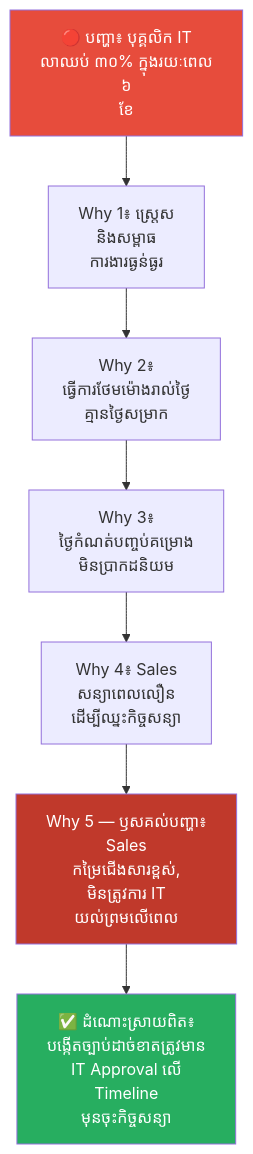
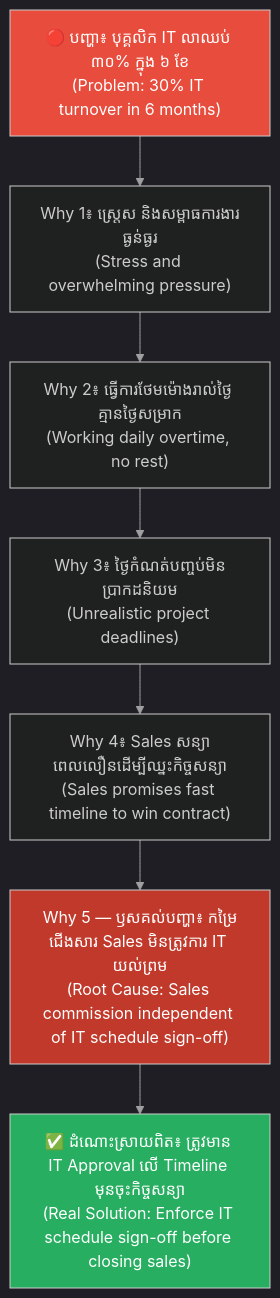
Before and after one commit to GuideStack/iblogger-feeds: the sixth of 8 diagrams in feeds/concepts/articles/02-five-whys-technique.md, drawn with Mermaid. The commit also changed other lines of this file, not shown here.

````diff
--- a/feeds/concepts/articles/02-five-whys-technique.md
+++ b/feeds/concepts/articles/02-five-whys-technique.md
@@ -258,13 +364,22 @@
 ```mermaid
+%%{init: {
+  'theme': 'dark',
+  'themeVariables': {
+    'background': '#1e1e1e',
+    'primaryTextColor': '#ffffff',
+    'lineColor': '#a0a0a0'
+  },
+  'themeCSS': 'svg { background-color: #1e1e1e !important; padding: 1rem !important; border-radius: 8px !important; } .edgeLabel rect { fill: #1e1e1e !important; } text, tspan { fill: #ffffff !important; }'
+}}%%
 graph TD
-    A["🔴 បញ្ហា៖ បុគ្គលិក IT<br/>លាឈប់ ៣០% ក្នុងរយៈពេល<br/>៦<br/>ខែ"] --> B["Why 1៖ ស្ត្រេស<br/>និងសម្ពាធ<br/>ការងារធ្ងន់ធ្ងរ"]
-    B --> C["Why 2៖<br/>ធ្វើការថែមម៉ោងរាល់ថ្ងៃ<br/>គ្មានថ្ងៃសម្រាក"]
-    C --> D["Why 3៖<br/>ថ្ងៃកំណត់បញ្ចប់គម្រោង<br/>មិនប្រាកដនិយម"]
-    D --> E["Why 4៖ Sales<br/>សន្យាពេលលឿន<br/>ដើម្បីឈ្នះកិច្ចសន្យា"]
-    E --> F["Why 5 — ឫសគល់បញ្ហា៖<br/>Sales<br/>កម្រៃជើងសារខ្ពស់,<br/>មិនត្រូវការ IT<br/>យល់ព្រមលើពេល"]
-    F --> G["✅ ដំណោះស្រាយពិត៖<br/>បង្កើតច្បាប់ដាច់ខាតត្រូវមាន<br/>IT Approval លើ<br/>Timeline<br/>មុនចុះកិច្ចសន្យា"]
+    A["🔴 បញ្ហា៖ បុគ្គលិក IT លាឈប់ ៣០% ក្នុង ៦ ខែ<br/>(Problem: 30% IT turnover in 6 months)"] --> B["Why 1៖ ស្ត្រេស និងសម្ពាធការងារធ្ងន់ធ្ងរ<br/>(Stress and overwhelming pressure)"]
+    B --> C["Why 2៖ ធ្វើការថែមម៉ោងរាល់ថ្ងៃ គ្មានថ្ងៃសម្រាក<br/>(Working daily overtime, no rest)"]
+    C --> D["Why 3៖ ថ្ងៃកំណត់បញ្ចប់មិនប្រាកដនិយម<br/>(Unrealistic project deadlines)"]
+    D --> E["Why 4៖ Sales សន្យាពេលលឿនដើម្បីឈ្នះកិច្ចសន្យា<br/>(Sales promises fast timeline to win contract)"]
+    E --> F["Why 5 — ឫសគល់បញ្ហា៖ កម្រៃជើងសារ Sales មិនត្រូវការ IT យល់ព្រម<br/>(Root Cause: Sales commission independent of IT schedule sign-off)"]
+    F --> G["✅ ដំណោះស្រាយពិត៖ ត្រូវមាន IT Approval លើ Timeline មុនចុះកិច្ចសន្យា<br/>(Real Solution: Enforce IT schedule sign-off before closing sales)"]
 
     style A fill:#e74c3c,color:#fff
     style F fill:#c0392b,color:#fff
     style G fill:#27ae60,color:#fff
 ```
````
